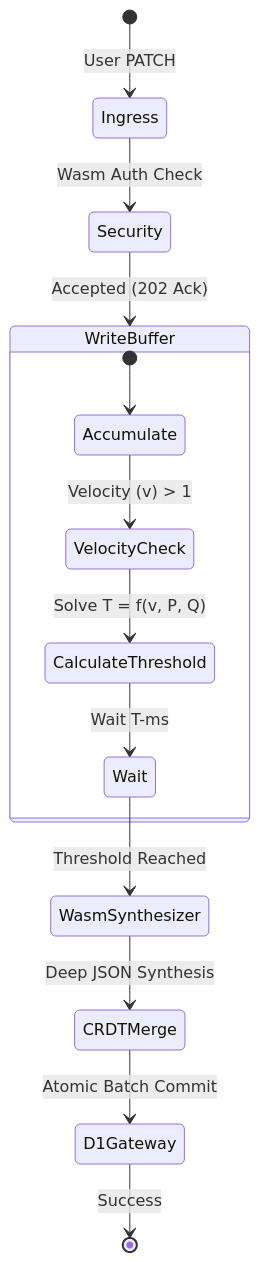
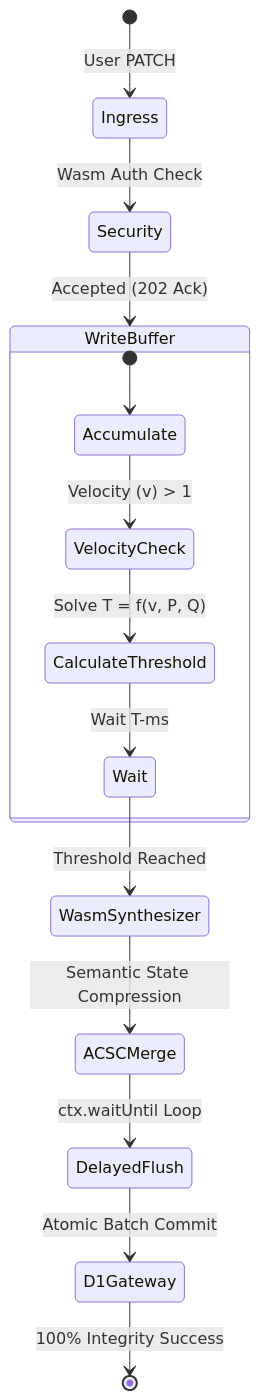
Before and after one commit to codeforgebyaravinth-dev/telestack-realtime-db-FYP: the fourth of 5 diagrams in docs/VISUAL_ARCH_GALLERY.md, drawn with Mermaid. The commit also changed other lines of this file and 73 other files, not shown here.

````diff
--- a/docs/VISUAL_ARCH_GALLERY.md
+++ b/docs/VISUAL_ARCH_GALLERY.md
@@ -87,18 +89,19 @@
 ```mermaid
 stateDiagram-v2
     [*] --> Ingress: User PATCH
     Ingress --> Security: Wasm Auth Check
     Security --> WriteBuffer: Accepted (202 Ack)
     
     state WriteBuffer {
         [*] --> Accumulate
         Accumulate --> VelocityCheck: Velocity (v) > 1
         VelocityCheck --> CalculateThreshold: Solve T = f(v, P, Q)
         CalculateThreshold --> Wait: Wait T-ms
     }
     
     Wait --> WasmSynthesizer: Threshold Reached
-    WasmSynthesizer --> CRDTMerge: Deep JSON Synthesis
-    CRDTMerge --> D1Gateway: Atomic Batch Commit
-    D1Gateway --> [*]: Success
+    WasmSynthesizer --> ACSCMerge: Semantic State Compression
+    ACSCMerge --> DelayedFlush: ctx.waitUntil Loop
+    DelayedFlush --> D1Gateway: Atomic Batch Commit
+    D1Gateway --> [*]: 100% Integrity Success
 ```
````
